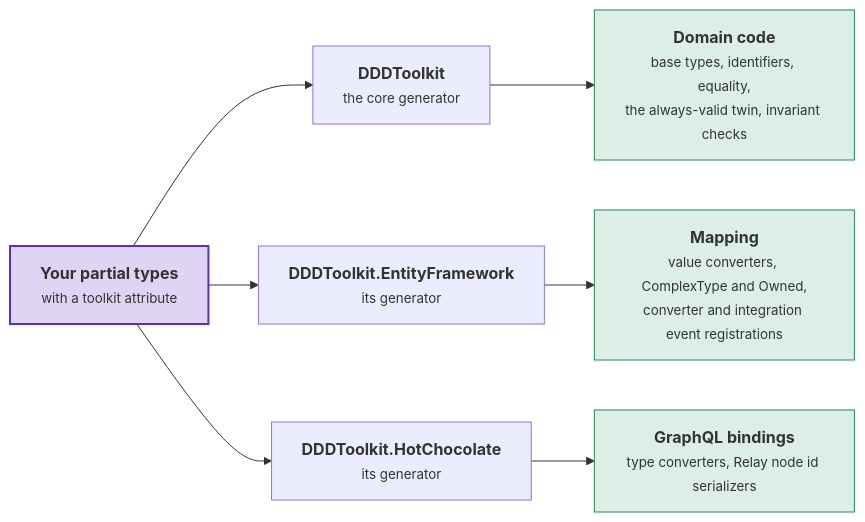
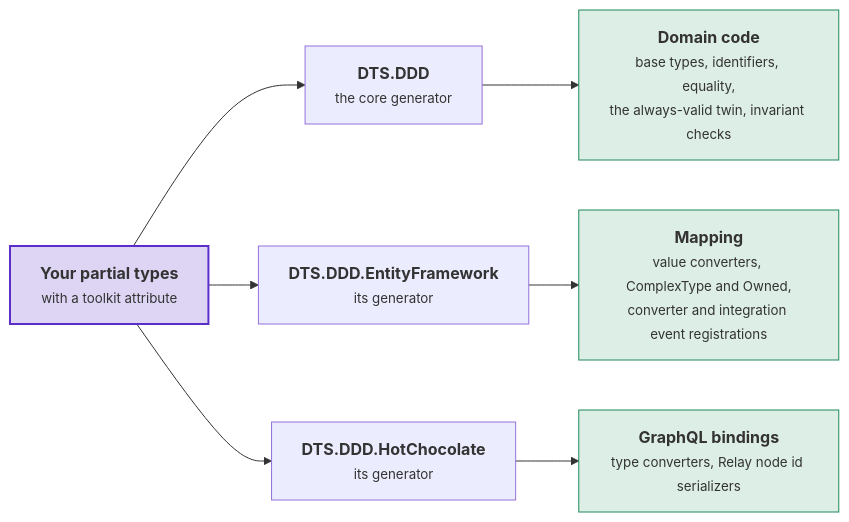
One commit to DylanSnel/DDDToolkit changed the diagram in docs/generated-code.md. Above: the diagram before and after it, drawn with Mermaid. The commit also changed other lines of this file and 2190 other files, not shown here.

First line of the commit message:
The core becomes DTS.DDD, published as DylansTechStack.DDD

````diff
--- a/docs/generated-code.md
+++ b/docs/generated-code.md
@@ -10,17 +10,17 @@
 ```mermaid
 flowchart LR
     you["<b>Your partial types</b><br/><small>with a toolkit attribute</small>"]
-    core["<b>DDDToolkit</b><br/><small>the core generator</small>"]
-    ef["<b>DDDToolkit.EntityFramework</b><br/><small>its generator</small>"]
-    hc["<b>DDDToolkit.HotChocolate</b><br/><small>its generator</small>"]
+    core["<b>DTS.DDD</b><br/><small>the core generator</small>"]
+    ef["<b>DTS.DDD.EntityFramework</b><br/><small>its generator</small>"]
+    hc["<b>DTS.DDD.HotChocolate</b><br/><small>its generator</small>"]
     coreOut["<b>Domain code</b><br/><small>base types, identifiers, equality,<br/>the always-valid twin, invariant checks</small>"]
     efOut["<b>Mapping</b><br/><small>value converters, ComplexType and Owned,<br/>converter and integration event registrations</small>"]
     hcOut["<b>GraphQL bindings</b><br/><small>type converters, Relay node id serializers</small>"]
     you --> core --> coreOut
     you --> ef --> efOut
     you --> hc --> hcOut
     classDef strong fill:#5b2ec933,stroke:#5b2ec9,stroke-width:2px
     classDef good fill:#1f8a5b26,stroke:#1f8a5b
     class you strong
     class coreOut,efOut,hcOut good
 ```
````
